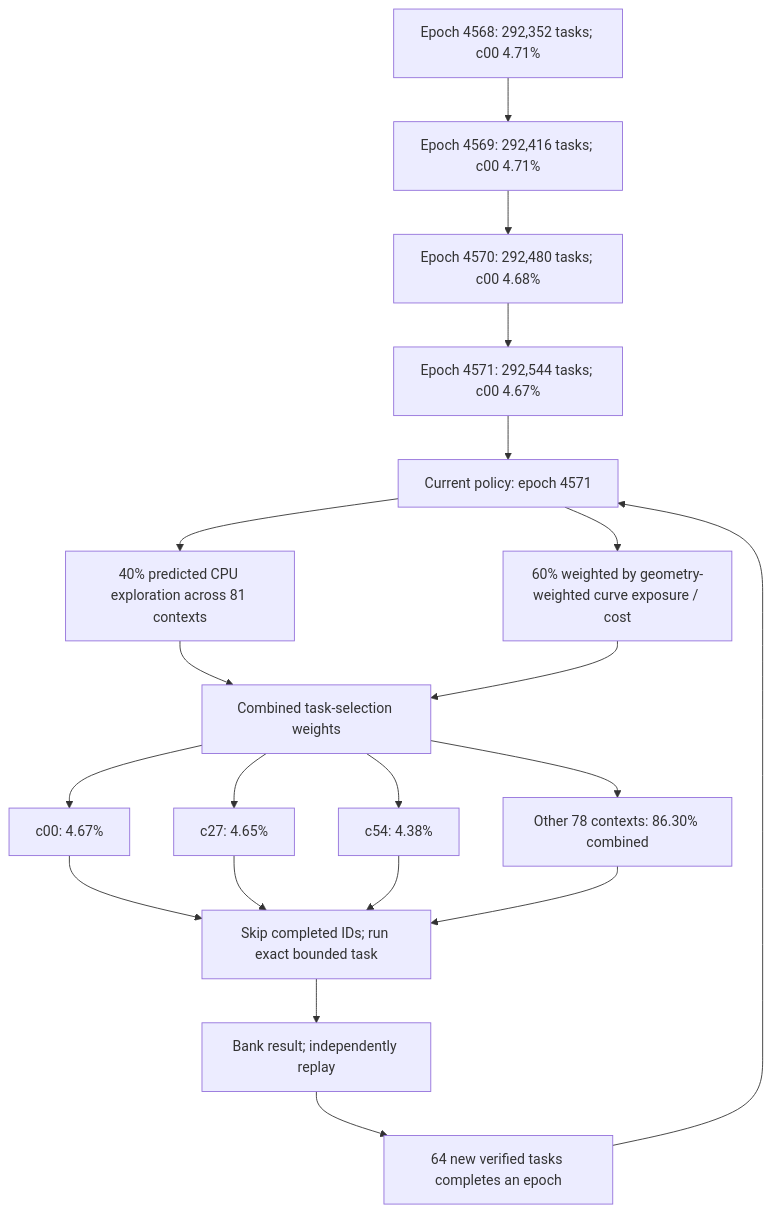
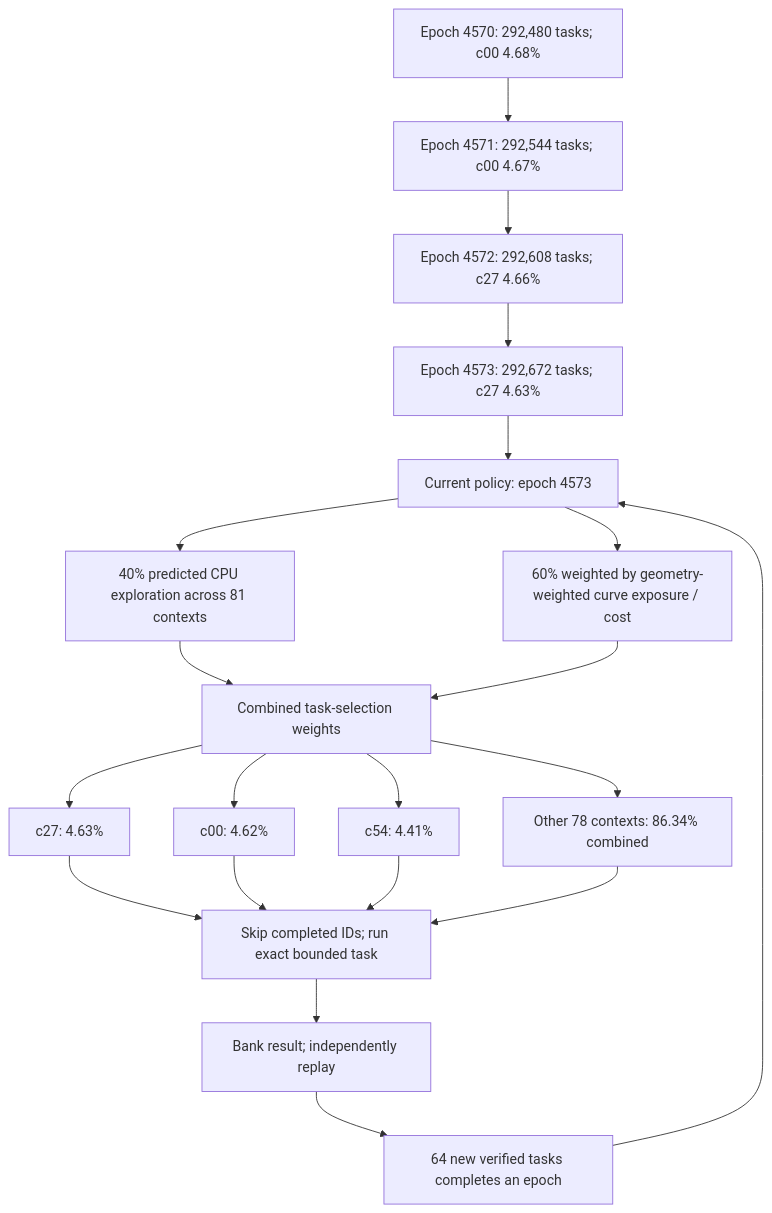
Before and after one commit to Kuberwastaken/math-gambling: the first of 3 diagrams in README.md, drawn with Mermaid. The commit also changed other lines of this file and 1937 other files, not shown here.

````diff
--- a/README.md
+++ b/README.md
@@ -60,27 +60,27 @@
 ```mermaid
 flowchart TD
-    H0["Epoch 4568: 292,352 tasks; c00 4.71%"]
-    H1["Epoch 4569: 292,416 tasks; c00 4.71%"]
+    H0["Epoch 4570: 292,480 tasks; c00 4.68%"]
+    H1["Epoch 4571: 292,544 tasks; c00 4.67%"]
     H0 --> H1
-    H2["Epoch 4570: 292,480 tasks; c00 4.68%"]
+    H2["Epoch 4572: 292,608 tasks; c27 4.66%"]
     H1 --> H2
-    H3["Epoch 4571: 292,544 tasks; c00 4.67%"]
+    H3["Epoch 4573: 292,672 tasks; c27 4.63%"]
     H2 --> H3
-    Policy["Current policy: epoch 4571"]
+    Policy["Current policy: epoch 4573"]
     H3 --> Policy
     Policy --> Explore["40% predicted CPU exploration across 81 contexts"]
     Policy --> Cost["60% weighted by geometry-weighted curve exposure / cost"]
     Explore --> Mix["Combined task-selection weights"]
     Cost --> Mix
-    Mix --> C0["c00: 4.67%"]
-    Mix --> C1["c27: 4.65%"]
-    Mix --> C2["c54: 4.38%"]
-    Mix --> Rest["Other 78 contexts: 86.30% combined"]
+    Mix --> C0["c27: 4.63%"]
+    Mix --> C1["c00: 4.62%"]
+    Mix --> C2["c54: 4.41%"]
+    Mix --> Rest["Other 78 contexts: 86.34% combined"]
     C0 --> Check["Skip completed IDs; run exact bounded task"]
     C1 --> Check
     C2 --> Check
     Rest --> Check
     Check --> Replay["Bank result; independently replay"]
     Replay --> Gate["64 new verified tasks completes an epoch"]
     Gate --> Policy
 ```
````
